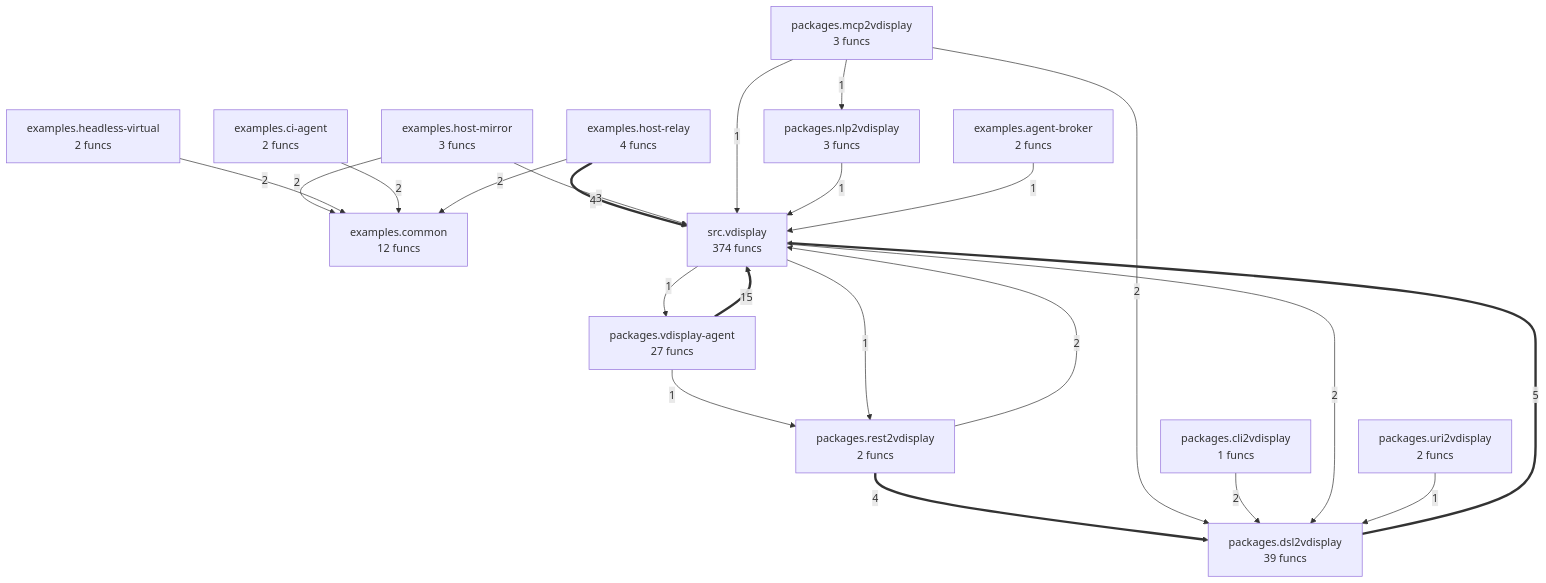
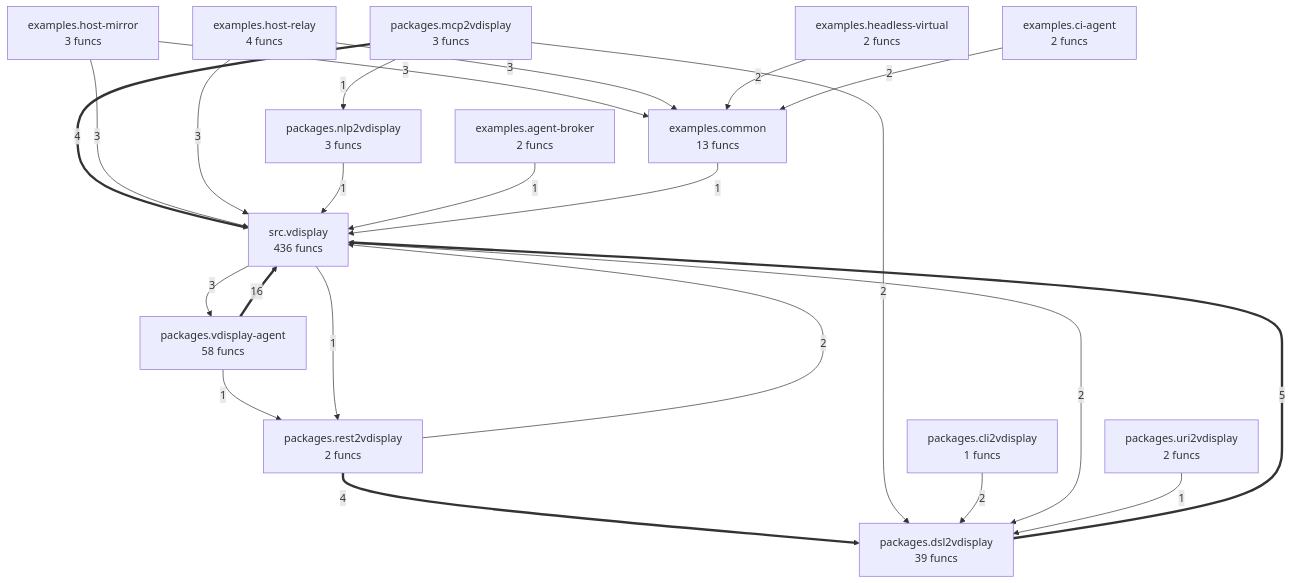
The diagram in project/compact_flow.mmd (wronai/vdisplay), drawn with Mermaid before and after one commit. The commit also changed 102 other files, not shown here.

```diff
--- a/project/compact_flow.mmd
+++ b/project/compact_flow.mmd
@@ -1,37 +1,38 @@
 flowchart TD
 %% generated in 0.02s
     examples__agent_broker["examples.agent-broker<br/>2 funcs"]
     examples__ci_agent["examples.ci-agent<br/>2 funcs"]
-    examples__common["examples.common<br/>12 funcs"]
+    examples__common["examples.common<br/>13 funcs"]
     examples__headless_virtual["examples.headless-virtual<br/>2 funcs"]
     examples__host_mirror["examples.host-mirror<br/>3 funcs"]
     examples__host_relay["examples.host-relay<br/>4 funcs"]
     packages__cli2vdisplay["packages.cli2vdisplay<br/>1 funcs"]
     packages__dsl2vdisplay["packages.dsl2vdisplay<br/>39 funcs"]
     packages__mcp2vdisplay["packages.mcp2vdisplay<br/>3 funcs"]
     packages__nlp2vdisplay["packages.nlp2vdisplay<br/>3 funcs"]
     packages__rest2vdisplay["packages.rest2vdisplay<br/>2 funcs"]
     packages__uri2vdisplay["packages.uri2vdisplay<br/>2 funcs"]
-    packages__vdisplay_agent["packages.vdisplay-agent<br/>27 funcs"]
-    src__vdisplay["src.vdisplay<br/>374 funcs"]
-    packages__vdisplay_agent ==>|15| src__vdisplay
+    packages__vdisplay_agent["packages.vdisplay-agent<br/>58 funcs"]
+    src__vdisplay["src.vdisplay<br/>436 funcs"]
+    packages__vdisplay_agent ==>|16| src__vdisplay
     packages__dsl2vdisplay ==>|5| src__vdisplay
+    packages__mcp2vdisplay ==>|4| src__vdisplay
     packages__rest2vdisplay ==>|4| packages__dsl2vdisplay
-    examples__host_relay ==>|4| src__vdisplay
     examples__host_mirror -->|3| src__vdisplay
+    examples__host_mirror -->|3| examples__common
+    examples__host_relay -->|3| src__vdisplay
+    examples__host_relay -->|3| examples__common
+    src__vdisplay -->|3| packages__vdisplay_agent
     packages__mcp2vdisplay -->|2| packages__dsl2vdisplay
     packages__cli2vdisplay -->|2| packages__dsl2vdisplay
     packages__rest2vdisplay -->|2| src__vdisplay
-    examples__host_mirror -->|2| examples__common
     examples__headless_virtual -->|2| examples__common
     examples__ci_agent -->|2| examples__common
-    examples__host_relay -->|2| examples__common
     src__vdisplay -->|2| packages__dsl2vdisplay
-    packages__mcp2vdisplay -->|1| src__vdisplay
     packages__mcp2vdisplay -->|1| packages__nlp2vdisplay
     packages__uri2vdisplay -->|1| packages__dsl2vdisplay
     packages__nlp2vdisplay -->|1| src__vdisplay
     packages__vdisplay_agent -->|1| packages__rest2vdisplay
+    examples__agent_broker -->|1| src__vdisplay
+    examples__common -->|1| src__vdisplay
     src__vdisplay -->|1| packages__rest2vdisplay
-    examples__agent_broker -->|1| src__vdisplay
-    src__vdisplay -->|1| packages__vdisplay_agent
```
